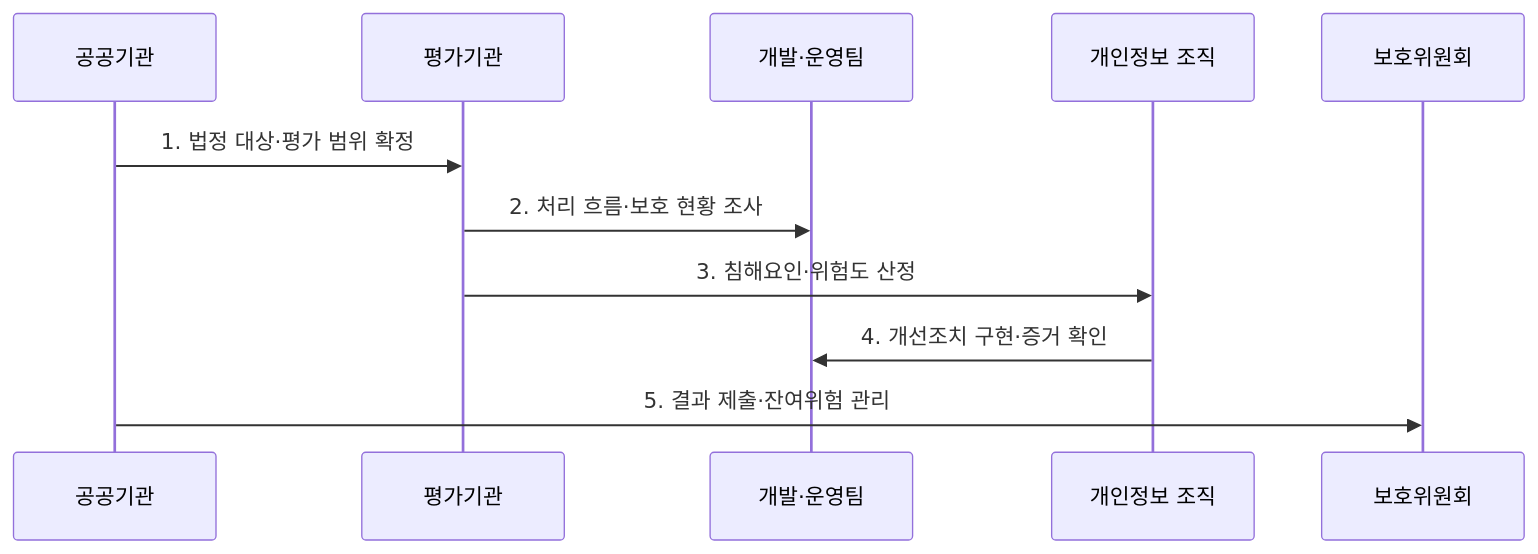
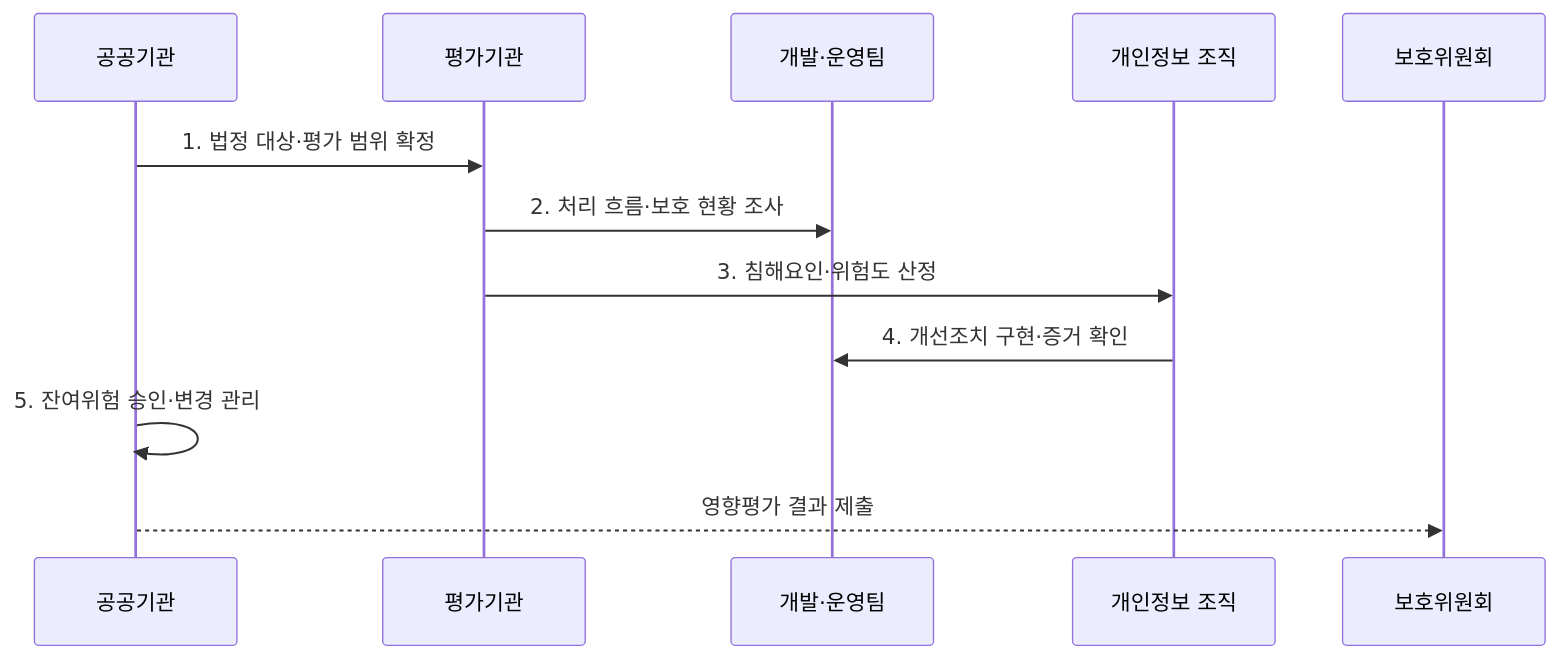
One commit to agnusdei1207/knowledge-base changed the second of 2 diagrams in src/content/docs/notes/05-security/097_privacy_impact_assessment.md. Above: the diagram before and after it, drawn with Mermaid. The commit also changed other lines of this file and 20 other files, not shown here.

````diff
--- a/src/content/docs/notes/05-security/097_privacy_impact_assessment.md
+++ b/src/content/docs/notes/05-security/097_privacy_impact_assessment.md
@@ -82,13 +82,14 @@
 ```mermaid
 sequenceDiagram
     participant O as 공공기관
     participant A as 평가기관
     participant D as 개발·운영팀
     participant C as 개인정보 조직
     participant P as 보호위원회
     O->>A: 1. 법정 대상·평가 범위 확정
     A->>D: 2. 처리 흐름·보호 현황 조사
     A->>C: 3. 침해요인·위험도 산정
     C->>D: 4. 개선조치 구현·증거 확인
-    O->>P: 5. 결과 제출·잔여위험 관리
+    O->>O: 5. 잔여위험 승인·변경 관리
+    O-->>P: 영향평가 결과 제출
 ```
````
